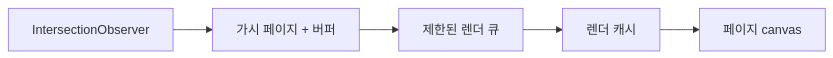
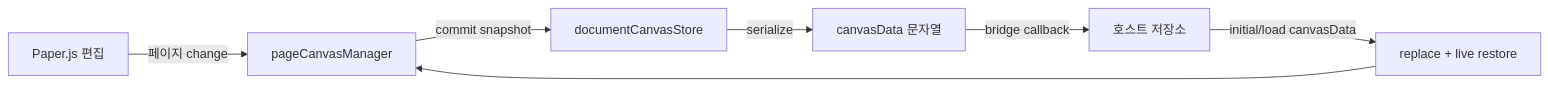
One commit to sinabin/inko-sdk changed the third of 3 diagrams in docs/architecture.md. Above: the diagram before and after it, drawn with Mermaid. The commit also changed other lines of this file and 141 other files, not shown here.

````diff
--- a/docs/architecture.md
+++ b/docs/architecture.md
@@ -82,7 +126,9 @@
 ```mermaid
 flowchart LR
-  Observer[IntersectionObserver] --> Visible[가시 페이지 + 버퍼]
-  Visible --> Queue[제한된 렌더 큐]
-  Queue --> Cache[렌더 캐시]
-  Cache --> DOM[페이지 canvas]
+  Edit[Paper.js 편집] -->|페이지 change| Live[pageCanvasManager]
+  Live -->|commit snapshot| Canonical[documentCanvasStore]
+  Canonical -->|serialize| CanvasData[canvasData 문자열]
+  CanvasData -->|bridge callback| Host[호스트 저장소]
+  Host -->|initial/load canvasData| Restore[replace + live restore]
+  Restore --> Live
 ```
````
